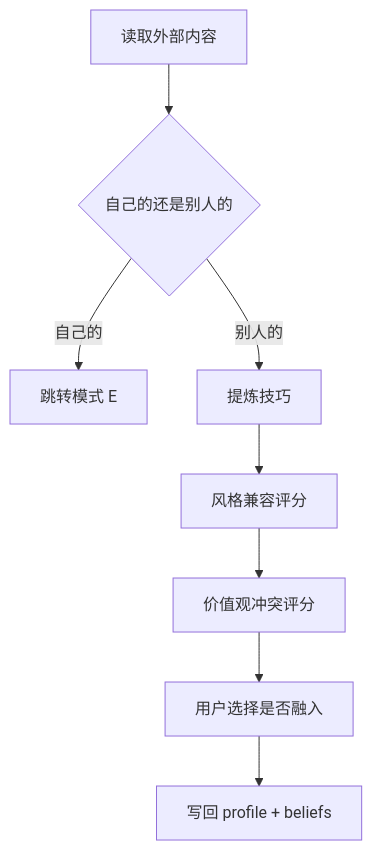
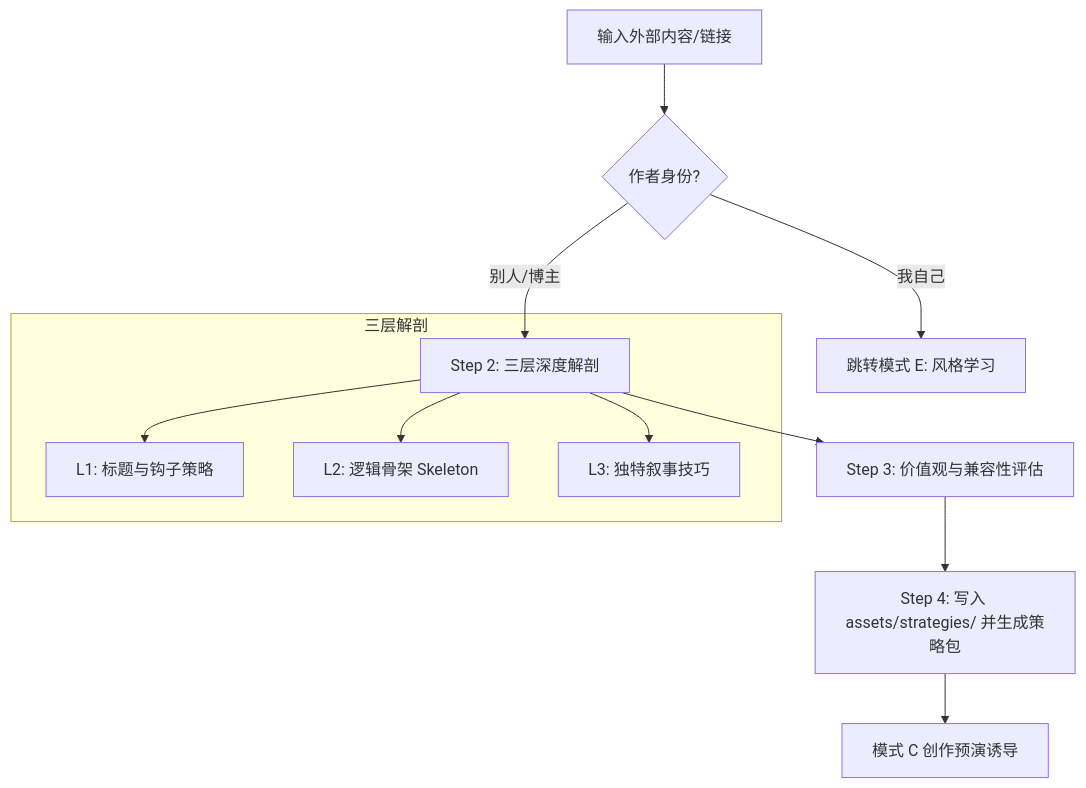
Before and after one commit to xhanzo-coder/creator-digital-twin-skill: the seventh of 9 diagrams in README.md, drawn with Mermaid. The commit also changed other lines of this file and 8 other files, not shown here.

````diff
--- a/README.md
+++ b/README.md
@@ -219,10 +235,16 @@
 ```mermaid
 flowchart TD
-    G1[读取外部内容] --> G2{自己的还是别人的}
-    G2 -->|自己的| G3[跳转模式 E]
-    G2 -->|别人的| G4[提炼技巧]
-    G4 --> G5[风格兼容评分]
-    G5 --> G6[价值观冲突评分]
-    G6 --> G7[用户选择是否融入]
-    G7 --> G8[写回 profile + beliefs]
+    G1[输入外部内容/链接] --> G2{作者身份?}
+    G2 -->|我自己| G3[跳转模式 E: 风格学习]
+    G2 -->|别人/博主| G4[Step 2: 三层深度解剖]
+    
+    subgraph 三层解剖
+    G4 --> G5[L1: 标题与钩子策略]
+    G4 --> G6[L2: 逻辑骨架 Skeleton]
+    G4 --> G7[L3: 独特叙事技巧]
+    end
+    
+    G4 --> G8[Step 3: 价值观与兼容性评估]
+    G8 --> G9[Step 4: 写入 assets/strategies/ 并生成策略包]
+    G9 --> G10[模式 C 创作预演诱导]
 ```
````
